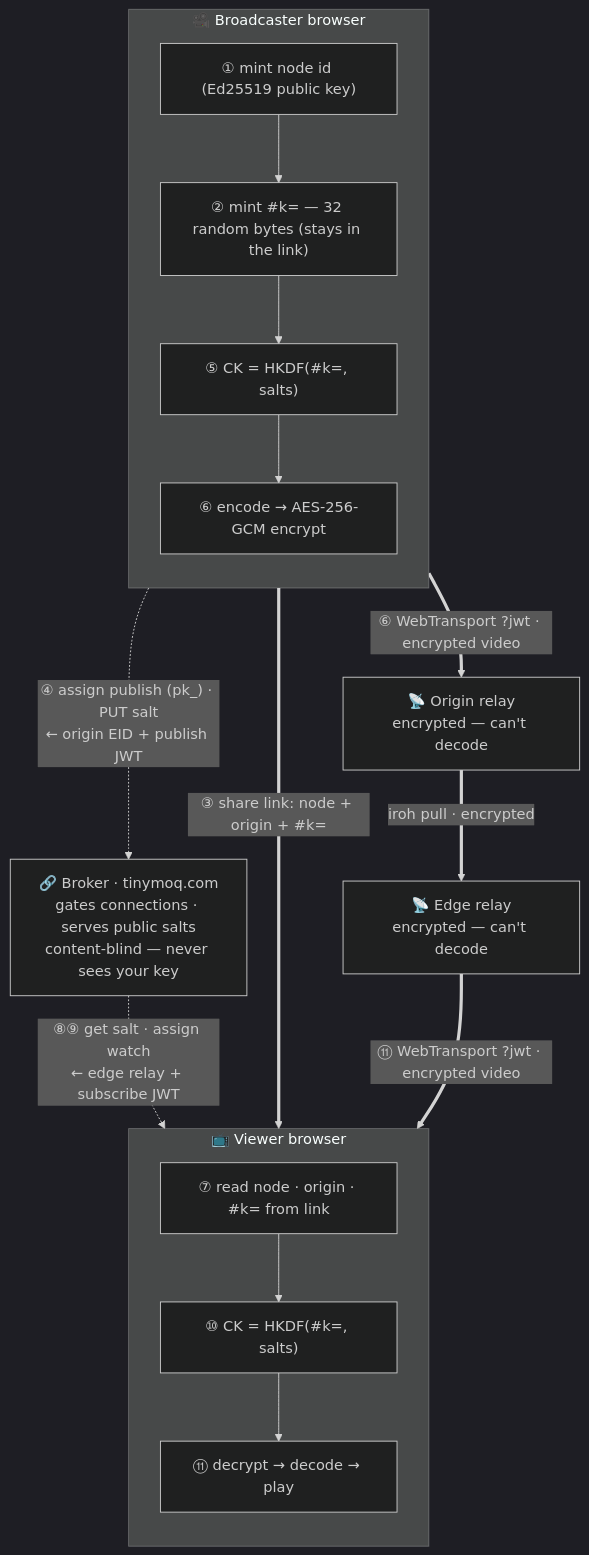
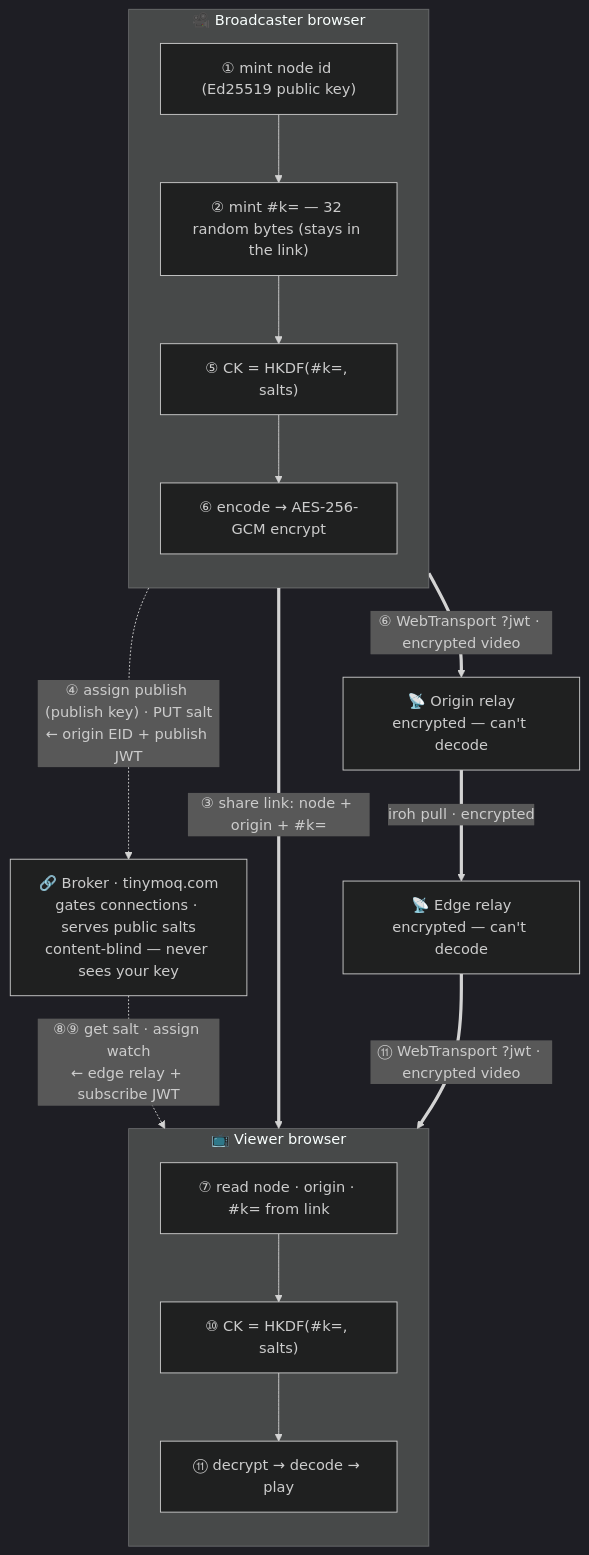
Before and after one commit to erikherz/earthseed: the diagram in README.md, drawn with Mermaid (dark theme). The commit also changed other lines of this file and 9 other files, not shown here.

````diff
--- a/README.md
+++ b/README.md
@@ -20,31 +20,31 @@
 ```mermaid
 flowchart TB
   BR["🔗 Broker · tinymoq.com<br/>gates connections · serves public salts<br/>content-blind — never sees your key"]
 
   subgraph BC["🎥 Broadcaster browser"]
     direction TB
     B1["① mint node id (Ed25519 public key)"]
     B2["② mint #35;k= — 32 random bytes (stays in the link)"]
     B5["⑤ CK = HKDF(#35;k=, salts)"]
     B6["⑥ encode → AES-256-GCM encrypt"]
     B1 --> B2 --> B5 --> B6
   end
 
   subgraph VW["📺 Viewer browser"]
     direction TB
     V7["⑦ read node · origin · #35;k= from link"]
     V10["⑩ CK = HKDF(#35;k=, salts)"]
     V11["⑪ decrypt → decode → play"]
     V7 --> V10 --> V11
   end
 
   O["📡 Origin relay<br/>encrypted — can't decode"]
   E["📡 Edge relay<br/>encrypted — can't decode"]
 
-  BC -. "④ assign publish (pk_) · PUT salt<br/>← origin EID + publish JWT" .-> BR
+  BC -. "④ assign publish (publish key) · PUT salt<br/>← origin EID + publish JWT" .-> BR
   BR -. "⑧⑨ get salt · assign watch<br/>← edge relay + subscribe JWT" .-> VW
   BC == "③ share link: node + origin + #35;k=" ==> VW
   BC == "⑥ WebTransport ?jwt · encrypted video" ==> O
   O == "iroh pull · encrypted" ==> E
   E == "⑪ WebTransport ?jwt · encrypted video" ==> VW
 ```
````
